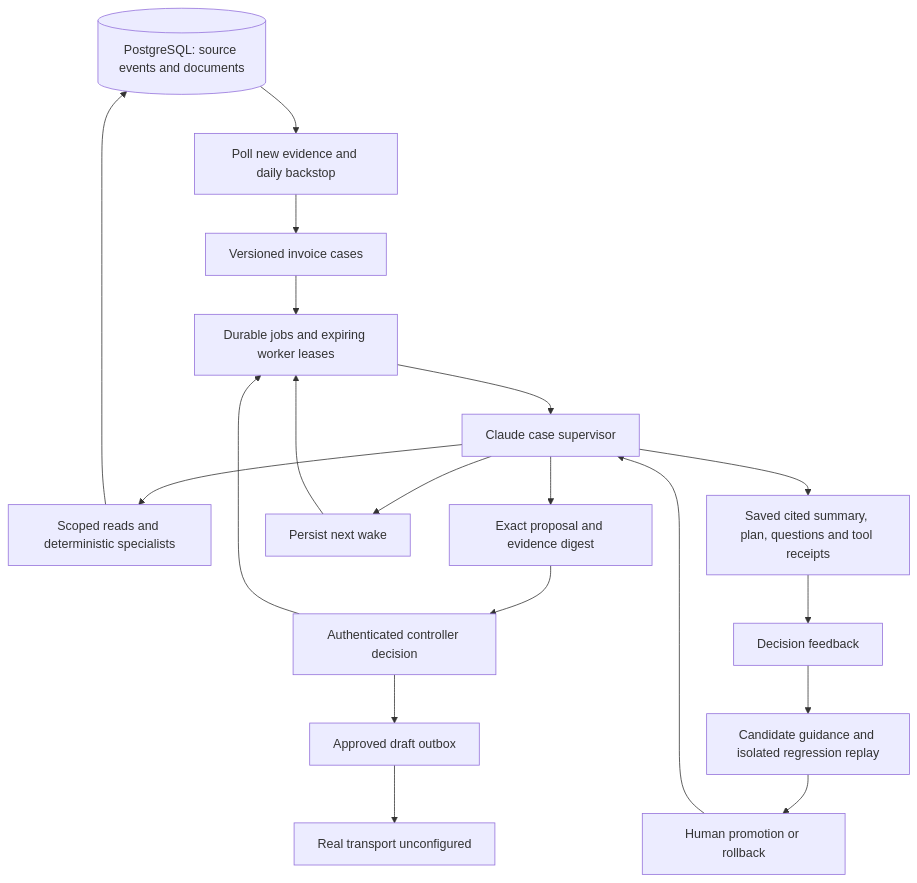
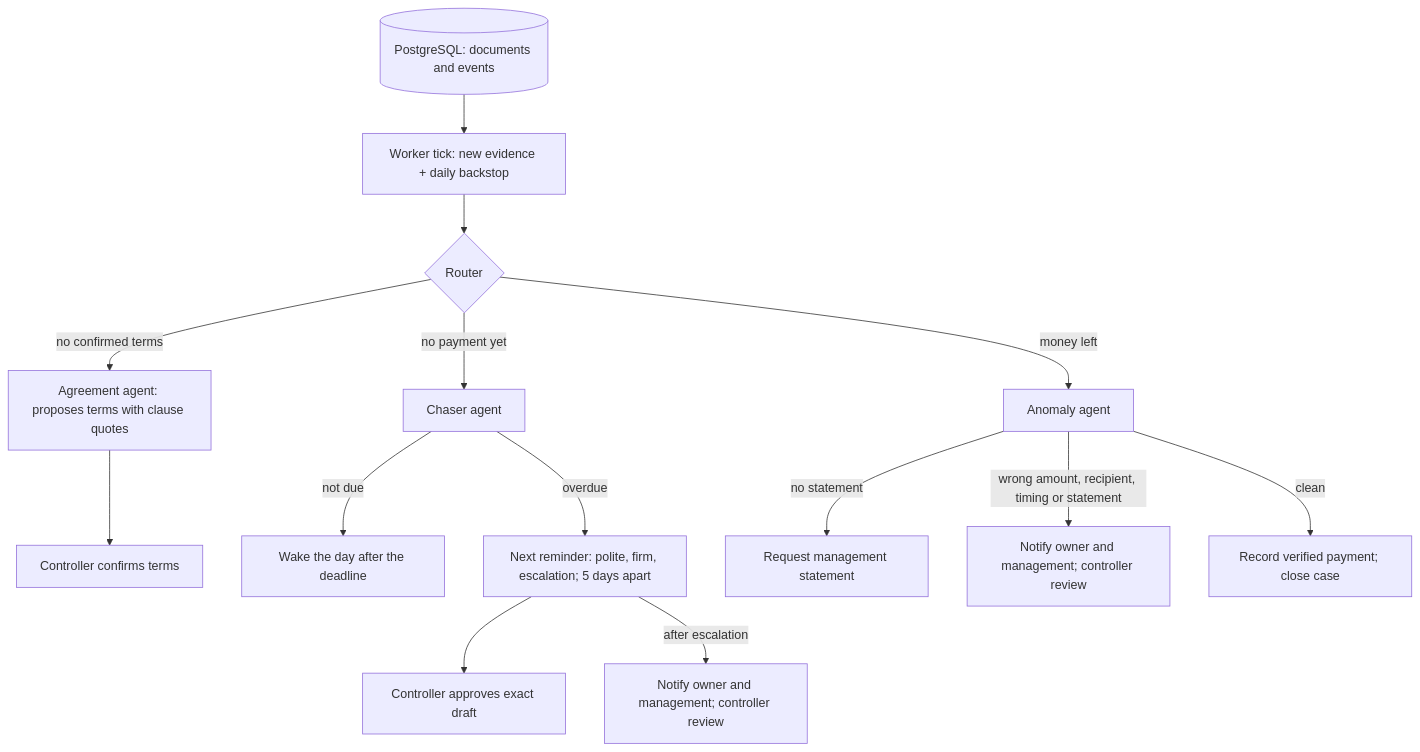
Before and after one commit to ozr0013/AccountableAI: the diagram in docs/AUTONOMOUS_RUNTIME.md, drawn with Mermaid. The commit also changed other lines of this file and 72 other files, not shown here.

First line of the commit message:
refactor: keep three agents: agreement, chaser and anomaly

````diff
--- a/docs/AUTONOMOUS_RUNTIME.md
+++ b/docs/AUTONOMOUS_RUNTIME.md
@@ -11,21 +6,16 @@
 ```mermaid
 flowchart TD
-  DB[(PostgreSQL: source events and documents)] --> Scan[Poll new evidence and daily backstop]
-  Scan --> Cases[Versioned invoice cases]
-  Cases --> Jobs[Durable jobs and expiring worker leases]
-  Jobs --> Agent[Claude case supervisor]
-  Agent --> Read[Scoped reads and deterministic specialists]
-  Read --> DB
-  Agent --> Memory[Saved cited summary, plan, questions and tool receipts]
-  Agent --> Wait[Persist next wake]
-  Wait --> Jobs
-  Agent --> Human[Exact proposal and evidence digest]
-  Human --> API[Authenticated controller decision]
-  API --> Outbox[Approved draft outbox]
-  Outbox --> Mail[Real transport unconfigured]
-  API --> Jobs
-  Memory --> Feedback[Decision feedback]
-  Feedback --> Replay[Candidate guidance and isolated regression replay]
-  Replay --> Promote[Human promotion or rollback]
-  Promote --> Agent
+  DB[(PostgreSQL: documents and events)] --> Tick[Worker tick: new evidence + daily backstop]
+  Tick --> Router{Router}
+  Router -->|no confirmed terms| Agreement[Agreement agent: proposes terms with clause quotes]
+  Agreement --> Controller1[Controller confirms terms]
+  Router -->|no payment yet| Chaser[Chaser agent]
+  Chaser -->|not due| Sleep[Wake the day after the deadline]
+  Chaser -->|overdue| Ladder[Next reminder: polite, firm, escalation; 5 days apart]
+  Ladder --> Approve[Controller approves exact draft]
+  Ladder -->|after escalation| Human[Notify owner and management; controller review]
+  Router -->|money left| Anomaly[Anomaly agent]
+  Anomaly -->|no statement| Statement[Request management statement]
+  Anomaly -->|wrong amount, recipient, timing or statement| Escalate[Notify owner and management; controller review]
+  Anomaly -->|clean| Close[Record verified payment; close case]
 ```
````
